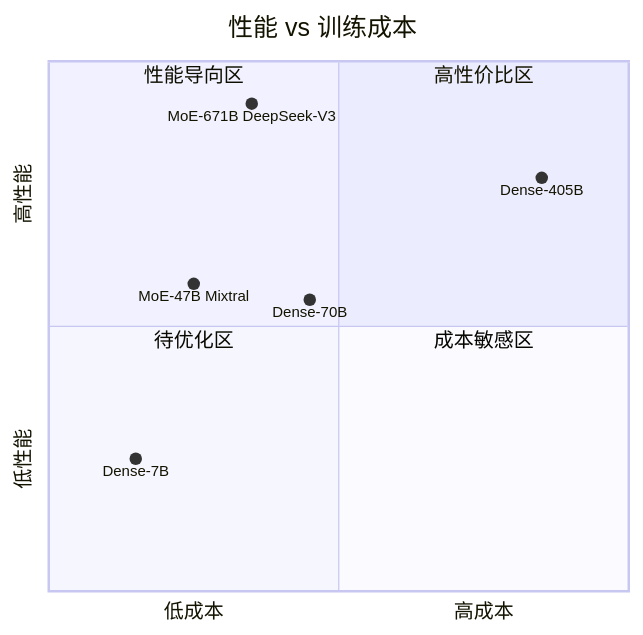
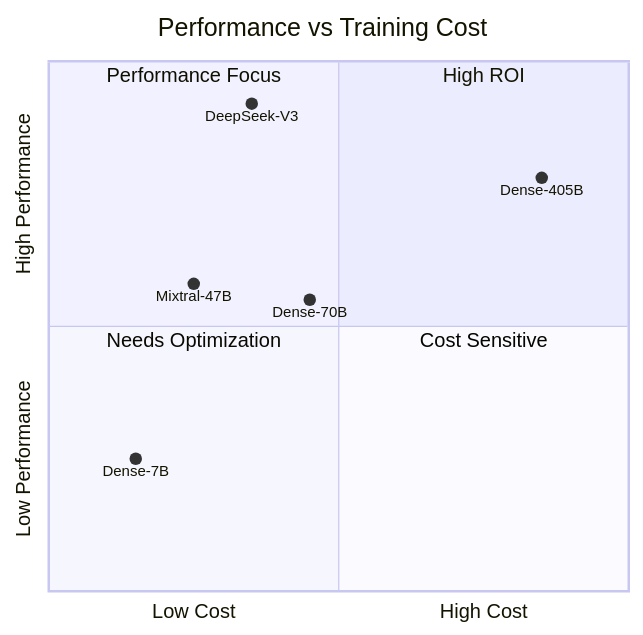
Diagram 11 of 13 in notes/moe-survey.md (chengenbao/chengenbao.github.io), drawn with Mermaid before and after one commit. The commit also changed other lines of this file, not shown here.

Commit message:
Fix quadrantChart syntax error: remove Chinese labels causing Mermaid parse error

````diff
--- a/notes/moe-survey.md
+++ b/notes/moe-survey.md
@@ -612,15 +612,15 @@
 ```mermaid
 quadrantChart
-    title 性能 vs 训练成本
-    x-axis 低成本 --> 高成本
-    y-axis 低性能 --> 高性能
-    quadrant-1 高性价比区
-    quadrant-2 性能导向区
-    quadrant-3 待优化区
-    quadrant-4 成本敏感区
+    title Performance vs Training Cost
+    x-axis Low Cost --> High Cost
+    y-axis Low Performance --> High Performance
+    quadrant-1 High ROI
+    quadrant-2 Performance Focus
+    quadrant-3 Needs Optimization
+    quadrant-4 Cost Sensitive
     Dense-7B: [0.15, 0.25]
     Dense-70B: [0.45, 0.55]
-    MoE-47B Mixtral: [0.25, 0.58]
+    Mixtral-47B: [0.25, 0.58]
     Dense-405B: [0.85, 0.78]
-    MoE-671B DeepSeek-V3: [0.35, 0.92]
+    DeepSeek-V3: [0.35, 0.92]
 ```
````
